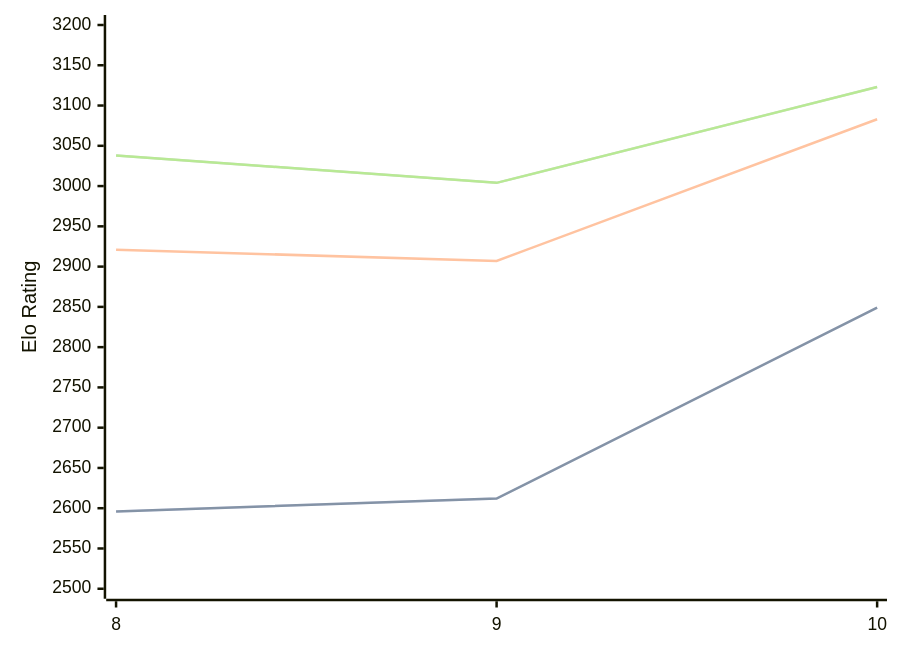
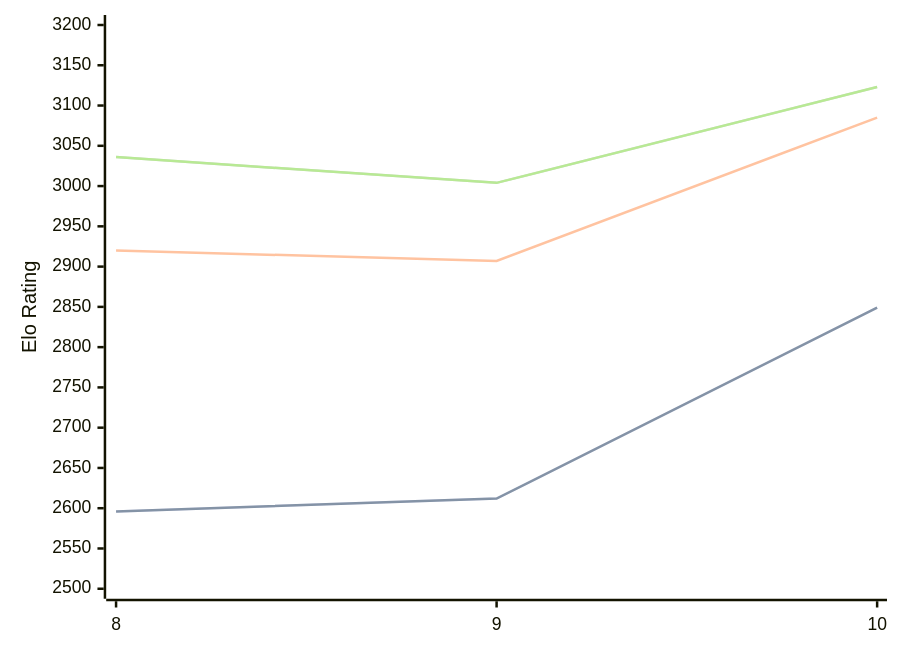
The diagram in engines/Lozza.md (computer-chess-index/cci), drawn with Mermaid before and after one commit. The commit also changed other lines of this file, not shown here.

Commit message:
Update CCI Ratings (ELO VLTC) - 2026-09-23

````diff
--- a/engines/Lozza.md
+++ b/engines/Lozza.md
@@ -33,11 +33,11 @@
 ```mermaid
 %%{init: {"theme":"base","themeVariables":{"seriesColors:['#a3a3a3','#222221','#faa371']}}}%%
 xychart-beta
   x-axis ["8", "9", "10"]
   y-axis "Elo Rating" 2500 --> 3200
   line "" [2596, 2612, 2849]
   line "STC (8.0+0.08s)" [2596, 2612, 2849]
-  line "LTC (60.0+0.60s)" [2921, 2907, 3083]
-  line "" [3038, 3004, 3123]
-  line "VLTC (2m24s+1.12s)" [3038, 3004, 3123]
+  line "LTC (60.0+0.60s)" [2920, 2907, 3085]
+  line "" [3036, 3004, 3123]
+  line "VLTC (2m24s+1.12s)" [3036, 3004, 3123]
 ```
````
